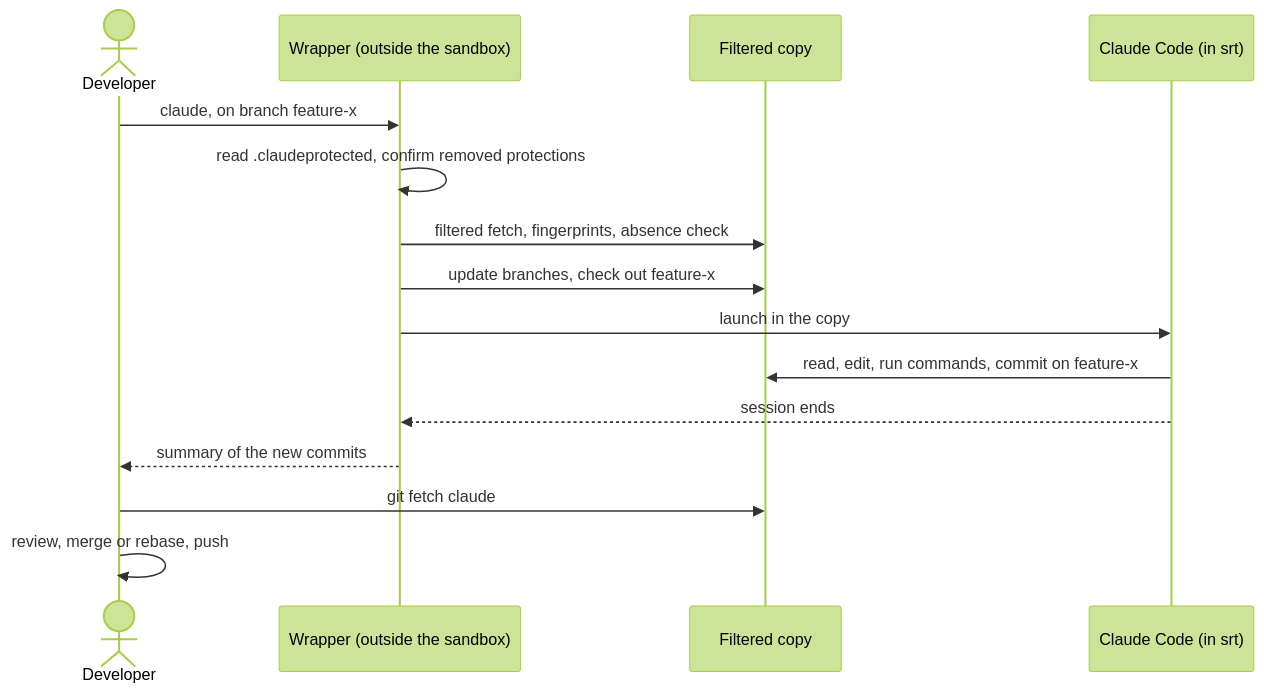
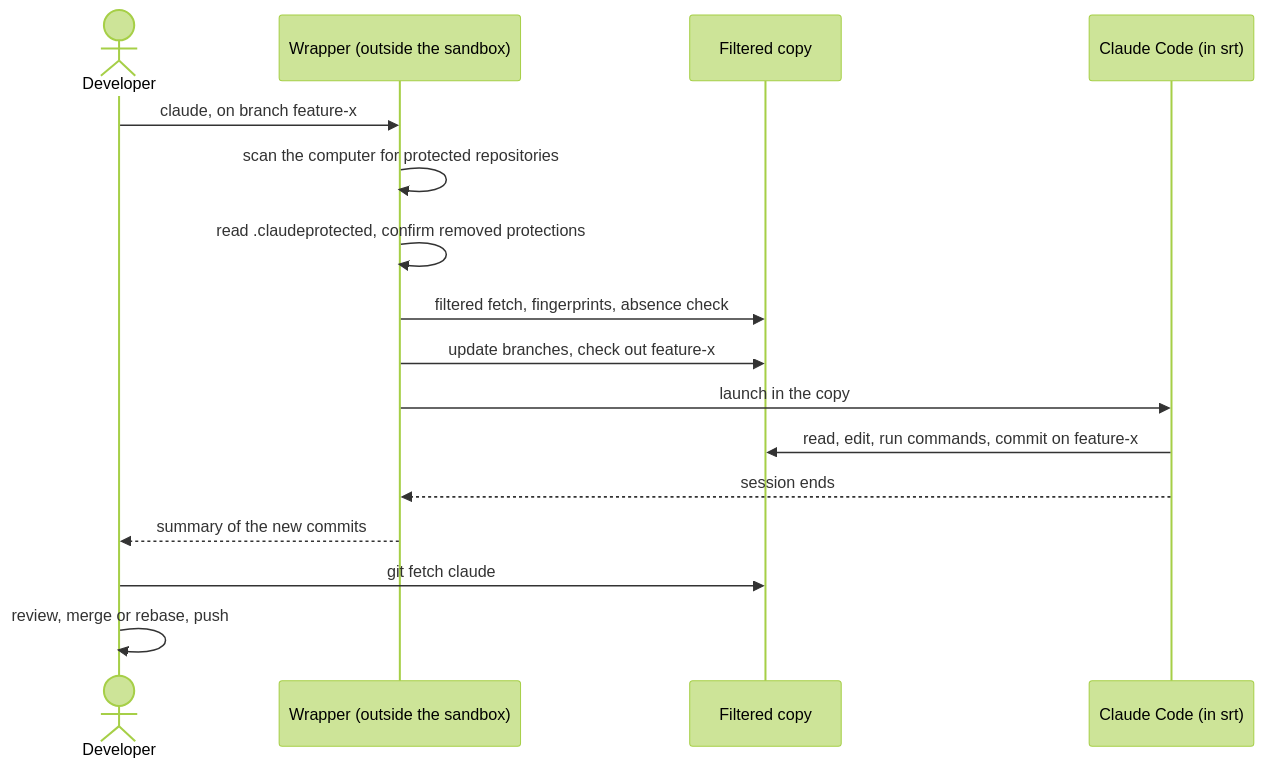
One commit to Lenstra/claude-secure-sandbox changed the third of 4 diagrams in docs/ARCHITECTURE.md. Above: the diagram before and after it, drawn with Mermaid (forest theme). The commit also changed other lines of this file and 2 other files, not shown here.

First line of the commit message:
docs: document the denylist read model and the scan at each launch

````diff
--- a/docs/ARCHITECTURE.md
+++ b/docs/ARCHITECTURE.md
@@ -335,17 +342,18 @@
 ```mermaid
 sequenceDiagram
   actor Dev as Developer
   participant W as Wrapper (outside the sandbox)
   participant K as Filtered copy
   participant C as Claude Code (in srt)
   Dev->>W: claude, on branch feature-x
+  W->>W: scan the computer for protected repositories
   W->>W: read .claudeprotected, confirm removed protections
   W->>K: filtered fetch, fingerprints, absence check
   W->>K: update branches, check out feature-x
   W->>C: launch in the copy
   C->>K: read, edit, run commands, commit on feature-x
   C-->>W: session ends
   W-->>Dev: summary of the new commits
   Dev->>K: git fetch claude
   Dev->>Dev: review, merge or rebase, push
 ```
````
